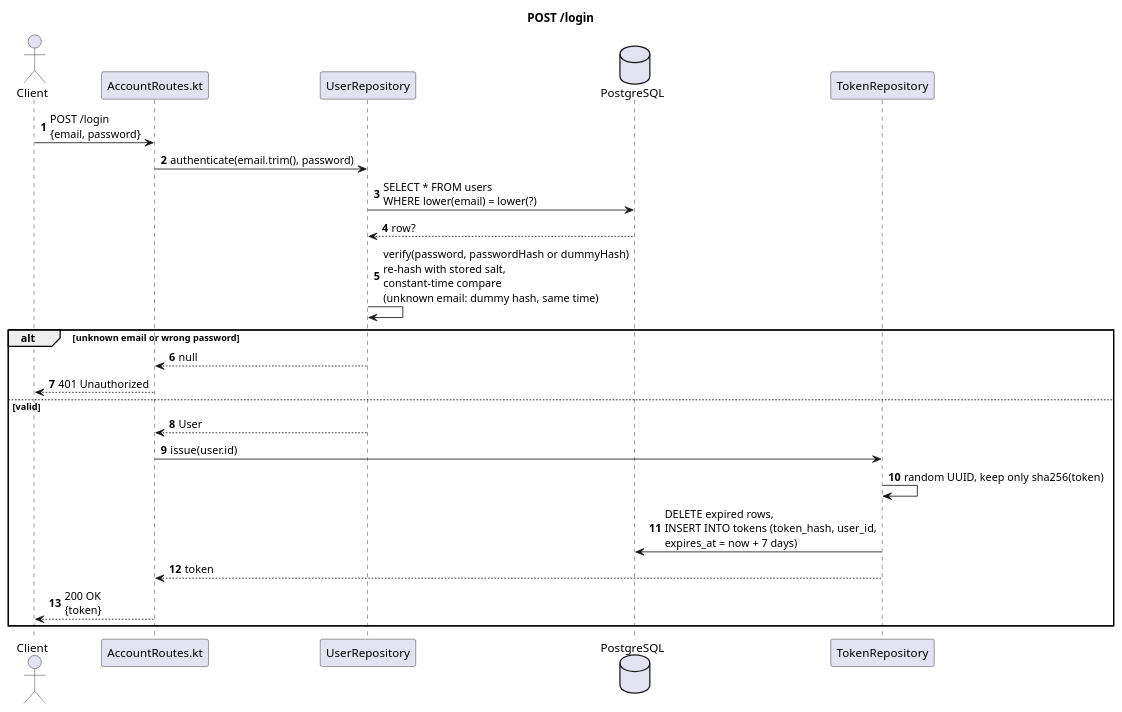
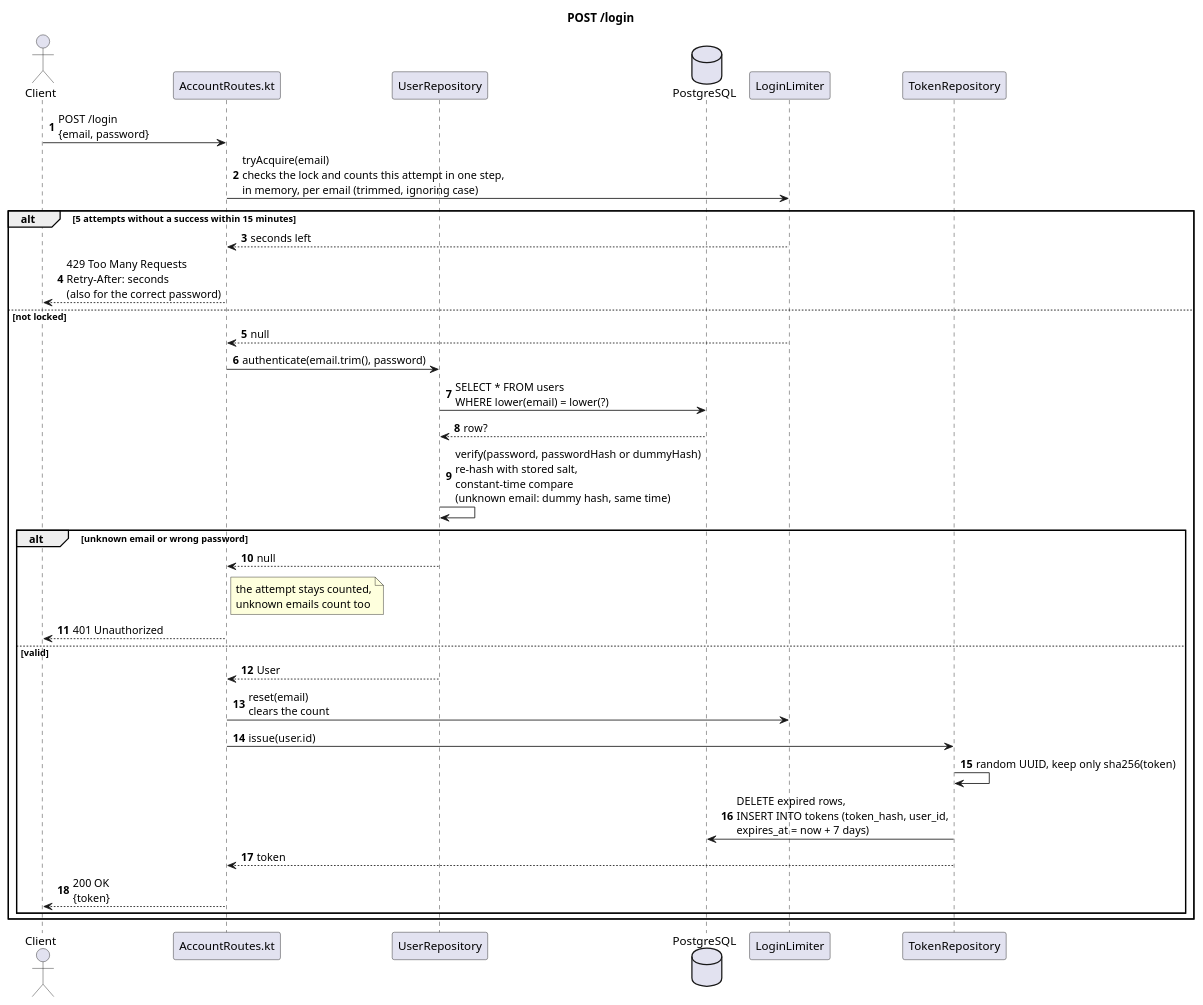
One commit to Rent-a-car-38291/rent-a-car changed the diagram in docs/diagrams/sequence-login.puml. Above: the diagram before and after it, drawn with PlantUML. The commit also changed 9 other files, not shown here.

```diff
--- a/docs/diagrams/sequence-login.puml
+++ b/docs/diagrams/sequence-login.puml
@@ -1,29 +1,40 @@
 @startuml
 title POST /login
 autonumber
 
 actor Client
 participant "AccountRoutes.kt" as Route
 participant UserRepository
 database PostgreSQL
+participant LoginLimiter
 participant TokenRepository
 
 Client -> Route : POST /login\n{email, password}
+Route -> LoginLimiter : tryAcquire(email)\nchecks the lock and counts this attempt in one step,\nin memory, per email (trimmed, ignoring case)
+
+alt 5 attempts without a success within 15 minutes
+  LoginLimiter --> Route : seconds left
+  Route --> Client : 429 Too Many Requests\nRetry-After: seconds\n(also for the correct password)
+else not locked
+LoginLimiter --> Route : null
 Route -> UserRepository : authenticate(email.trim(), password)
 UserRepository -> PostgreSQL : SELECT * FROM users\nWHERE lower(email) = lower(?)
 PostgreSQL --> UserRepository : row?
 UserRepository -> UserRepository : verify(password, passwordHash or dummyHash)\nre-hash with stored salt,\nconstant-time compare\n(unknown email: dummy hash, same time)
 
 alt unknown email or wrong password
   UserRepository --> Route : null
+  note right of Route : the attempt stays counted,\nunknown emails count too
   Route --> Client : 401 Unauthorized
 else valid
   UserRepository --> Route : User
+  Route -> LoginLimiter : reset(email)\nclears the count
   Route -> TokenRepository : issue(user.id)
   TokenRepository -> TokenRepository : random UUID, keep only sha256(token)
   TokenRepository -> PostgreSQL : DELETE expired rows,\nINSERT INTO tokens (token_hash, user_id,\nexpires_at = now + 7 days)
   TokenRepository --> Route : token
   Route --> Client : 200 OK\n{token}
 end
+end
 
 @enduml
```
